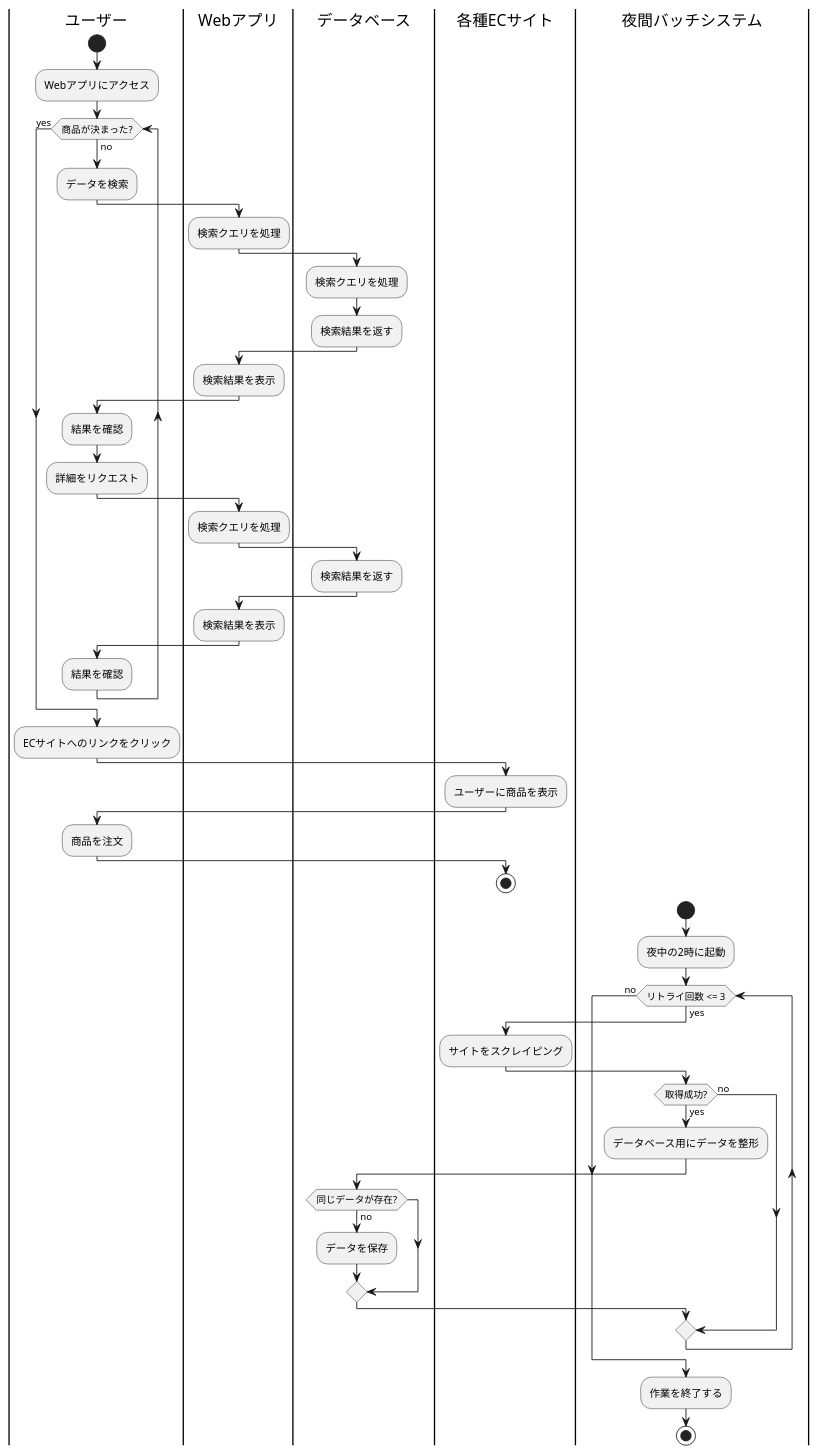
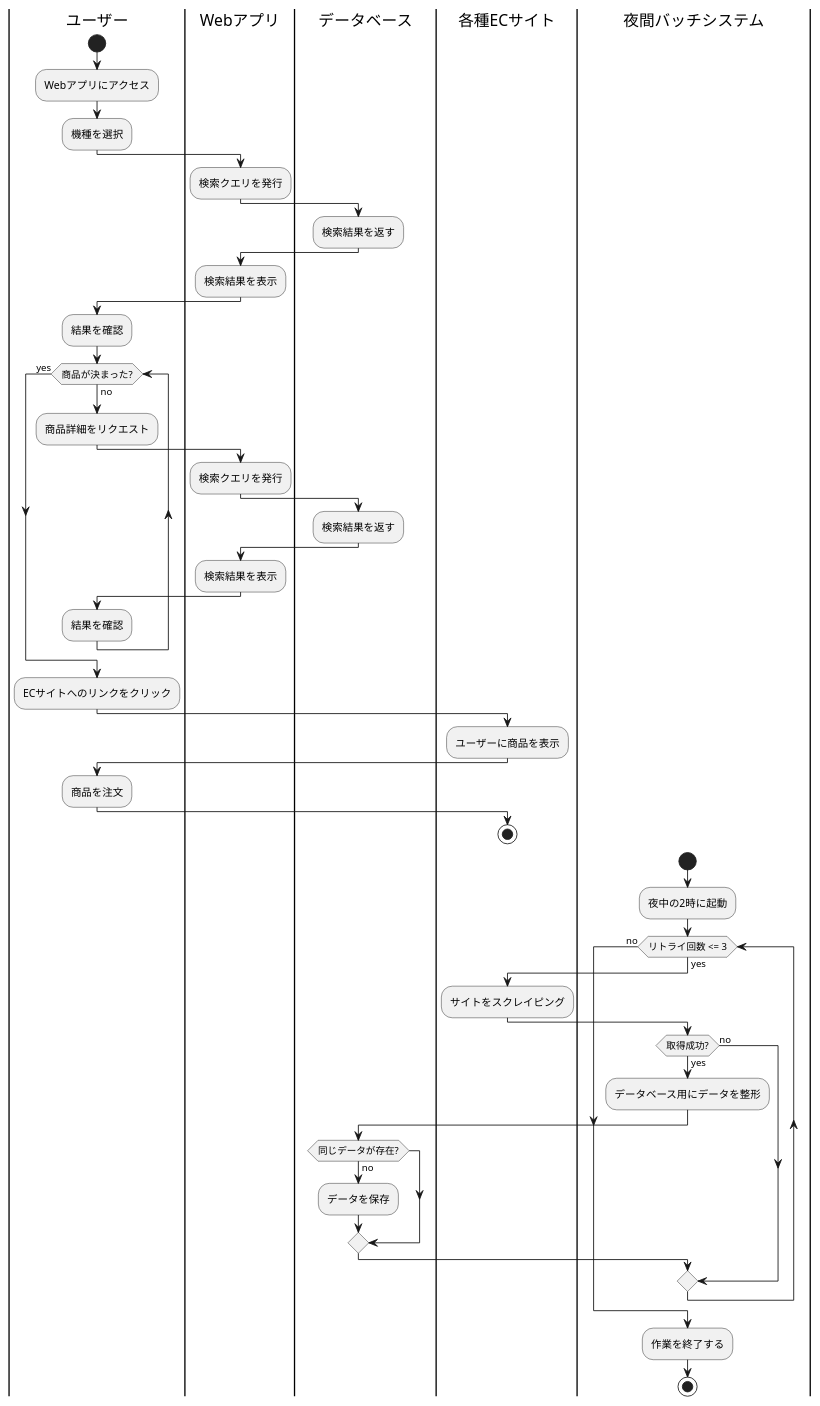
One commit to KoichiYanagisawa/TapFindCase changed the diagram in documents/swimlane.pu. Above: the diagram before and after it, drawn with PlantUML.

Commit message:
検索を1回にまとめられないので、ループは1回にした

```diff
--- a/documents/swimlane.pu
+++ b/documents/swimlane.pu
@@ -1,53 +1,52 @@
 @startuml
 |ユーザー|
 start
 :Webアプリにアクセス;
+:機種を選択;
+|Webアプリ|
+:検索クエリを発行;
+|データベース|
+:検索結果を返す;
+|Webアプリ|
+:検索結果を表示;
+|ユーザー|
+:結果を確認;
 while (商品が決まった?) is (no)
-  :データを検索;
+  :商品詳細をリクエスト;
   |Webアプリ|
-  :検索クエリを処理;
-  |データベース|
-  :検索クエリを処理;
-  :検索結果を返す;
-  |Webアプリ|
-  :検索結果を表示;
-  |ユーザー|
-  :結果を確認;
-  :詳細をリクエスト;
-  |Webアプリ|
-  :検索クエリを処理;
+  :検索クエリを発行;
   |データベース|
   :検索結果を返す;
   |Webアプリ|
   :検索結果を表示;
   |ユーザー|
   :結果を確認;
 endwhile (yes)
 :ECサイトへのリンクをクリック;
 |各種ECサイト|
 :ユーザーに商品を表示;
 |ユーザー|
 :商品を注文;
 |各種ECサイト|
 stop
 
 |夜間バッチシステム|
 start
 :夜中の2時に起動;
 while (リトライ回数 <= 3) is (yes)
   |各種ECサイト|
   :サイトをスクレイピング;
   |夜間バッチシステム|
   if (取得成功?) then (yes)
     :データベース用にデータを整形;
     |データベース|
     if (同じデータが存在?) then (no)
       :データを保存;
     endif
   else (no)
   endif
 endwhile (no)
 |夜間バッチシステム|
 :作業を終了する;
 stop
 @enduml
```
